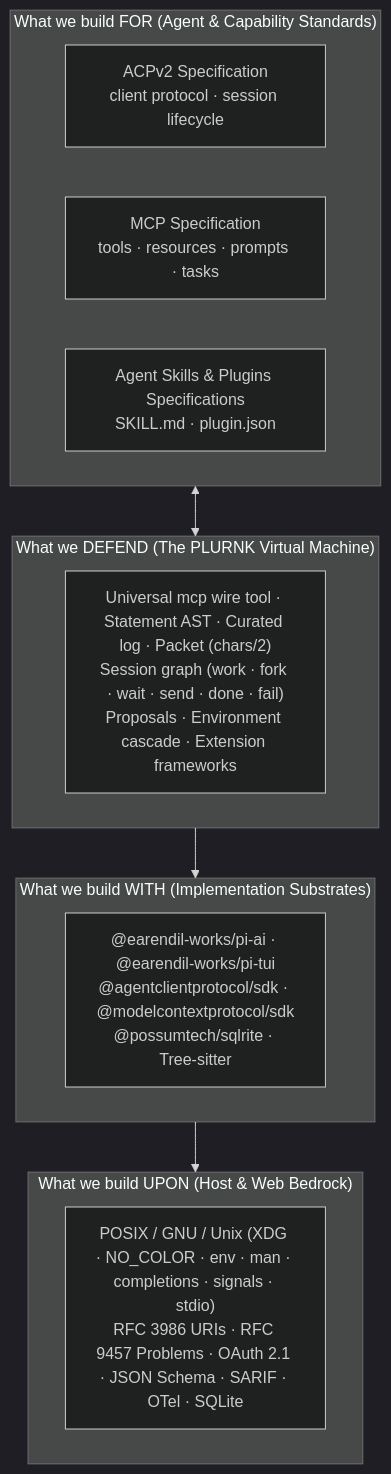
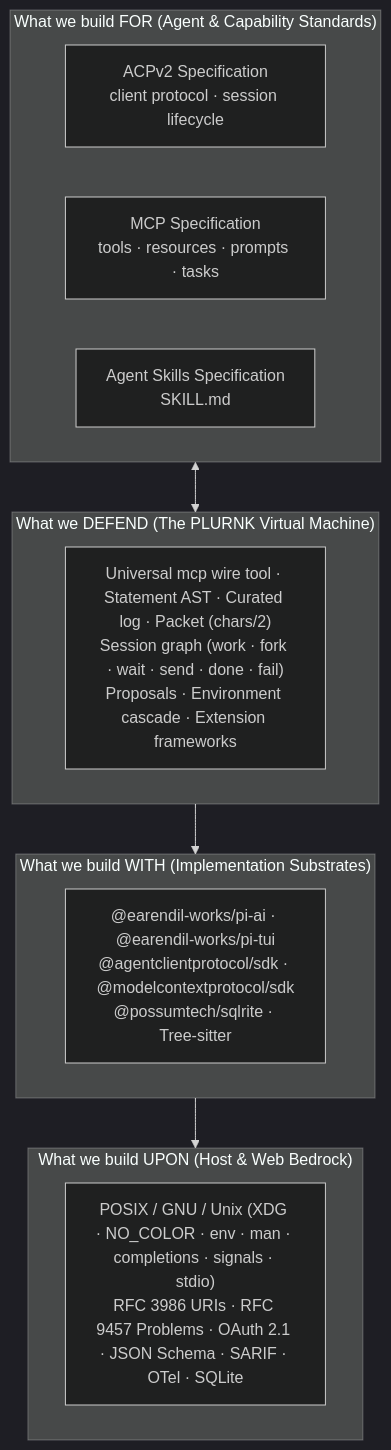
The first of 5 diagrams in ARCHITECTURE.md (plurnk/plurnk-service), drawn with Mermaid (dark theme) before and after one commit. The commit also changed other lines of this file and 319 other files, not shown here.

````diff
--- a/ARCHITECTURE.md
+++ b/ARCHITECTURE.md
@@ -12,24 +17,24 @@
 ```mermaid
 flowchart TB
     subgraph FOR["What we build FOR (Agent & Capability Standards)"]
         ACP["ACPv2 Specification<br/>client protocol · session lifecycle"]
         MCP["MCP Specification<br/>tools · resources · prompts · tasks"]
-        SKILLS["Agent Skills & Plugins Specifications<br/>SKILL.md · plugin.json"]
+        SKILLS["Agent Skills Specification<br/>SKILL.md"]
     end
 
     subgraph DEFEND["What we DEFEND (The PLURNK Virtual Machine)"]
         VM["Universal mcp wire tool · Statement AST · Curated log · Packet (chars/2)<br/>Session graph (work · fork · wait · send · done · fail)<br/>Proposals · Environment cascade · Extension frameworks"]
     end
 
     subgraph WITH["What we build WITH (Implementation Substrates)"]
         SUB["@earendil-works/pi-ai · @earendil-works/pi-tui<br/>@agentclientprotocol/sdk · @modelcontextprotocol/sdk<br/>@possumtech/sqlrite · Tree-sitter"]
     end
 
     subgraph UPON["What we build UPON (Host & Web Bedrock)"]
         BED["POSIX / GNU / Unix (XDG · NO_COLOR · env · man · completions · signals · stdio)<br/>RFC 3986 URIs · RFC 9457 Problems · OAuth 2.1 · JSON Schema · SARIF · OTel · SQLite"]
     end
 
     FOR <--> DEFEND
     DEFEND --> WITH
     WITH --> UPON
 ```
````
